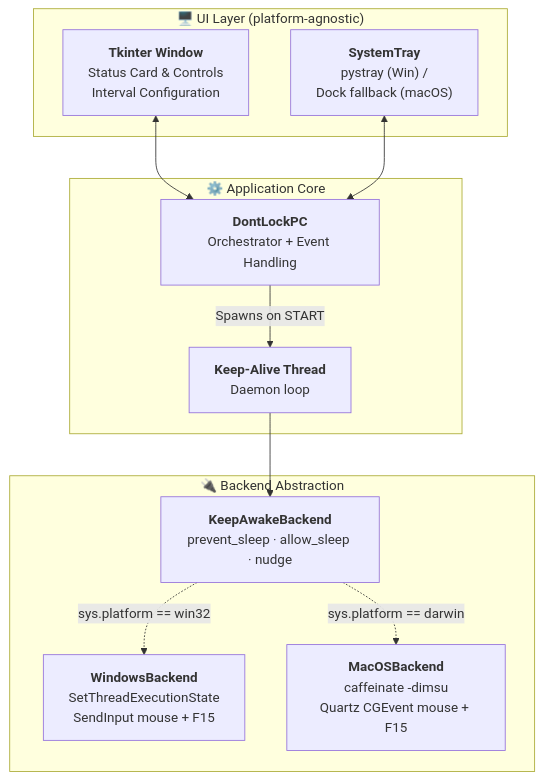
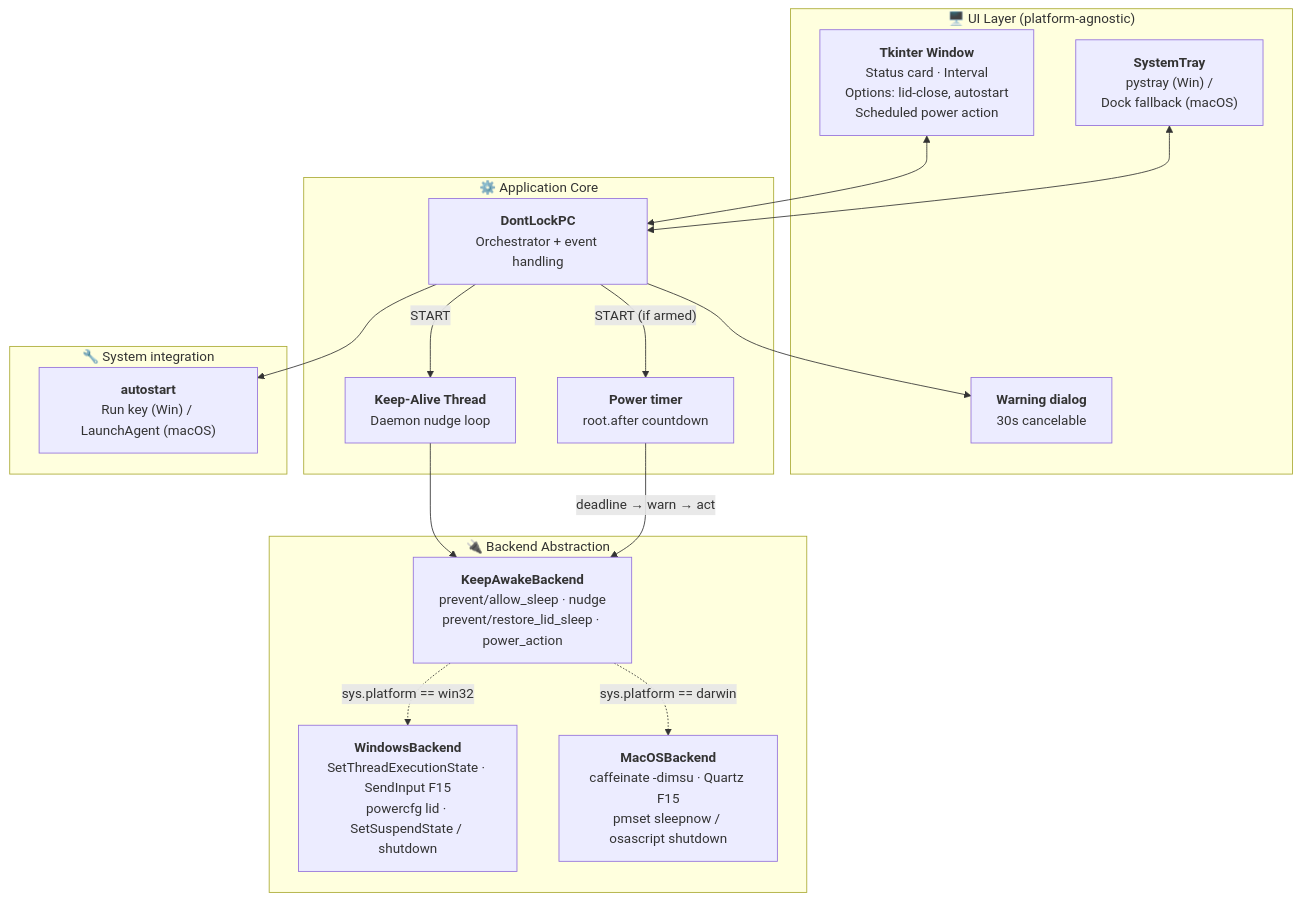
One commit to mahanteshimath/do-not-lock-my-system changed the first of 3 diagrams in README.md. Above: the diagram before and after it, drawn with Mermaid. The commit also changed other lines of this file and 1 other file, not shown here.

Commit message:
docs: update architecture + add power-action flow diagram; document lid/power backend hooks

````diff
--- a/README.md
+++ b/README.md
@@ -200,25 +202,35 @@
 ```mermaid
 graph TD
     subgraph UI["🖥️ UI Layer (platform-agnostic)"]
-        TK["<b>Tkinter Window</b><br/>Status Card &amp; Controls<br/>Interval Configuration"]
+        TK["<b>Tkinter Window</b><br/>Status card · Interval<br/>Options: lid-close, autostart<br/>Scheduled power action"]
         TRAY["<b>SystemTray</b><br/>pystray (Win) /<br/>Dock fallback (macOS)"]
+        WARN["<b>Warning dialog</b><br/>30s cancelable"]
     end
 
     subgraph Core["⚙️ Application Core"]
-        APP["<b>DontLockPC</b><br/>Orchestrator + Event Handling"]
-        THREAD["<b>Keep-Alive Thread</b><br/>Daemon loop"]
+        APP["<b>DontLockPC</b><br/>Orchestrator + event handling"]
+        THREAD["<b>Keep-Alive Thread</b><br/>Daemon nudge loop"]
+        TIMER["<b>Power timer</b><br/>root.after countdown"]
     end
 
     subgraph Backend["🔌 Backend Abstraction"]
-        BASE["<b>KeepAwakeBackend</b><br/>prevent_sleep · allow_sleep · nudge"]
-        WIN["<b>WindowsBackend</b><br/>SetThreadExecutionState<br/>SendInput mouse + F15"]
-        MAC["<b>MacOSBackend</b><br/>caffeinate -dimsu<br/>Quartz CGEvent mouse + F15"]
+        BASE["<b>KeepAwakeBackend</b><br/>prevent/allow_sleep · nudge<br/>prevent/restore_lid_sleep · power_action"]
+        WIN["<b>WindowsBackend</b><br/>SetThreadExecutionState · SendInput F15<br/>powercfg lid · SetSuspendState / shutdown"]
+        MAC["<b>MacOSBackend</b><br/>caffeinate -dimsu · Quartz F15<br/>pmset sleepnow / osascript shutdown"]
+    end
+
+    subgraph OS["🔧 System integration"]
+        AUTO["<b>autostart</b><br/>Run key (Win) / LaunchAgent (macOS)"]
     end
 
     TK <--> APP
     TRAY <--> APP
-    APP -->|"Spawns on START"| THREAD
+    APP --> WARN
+    APP -->|"START"| THREAD
+    APP -->|"START (if armed)"| TIMER
+    APP --> AUTO
     THREAD --> BASE
+    TIMER -->|"deadline → warn → act"| BASE
     BASE -.->|"sys.platform == win32"| WIN
     BASE -.->|"sys.platform == darwin"| MAC
 ```
````
